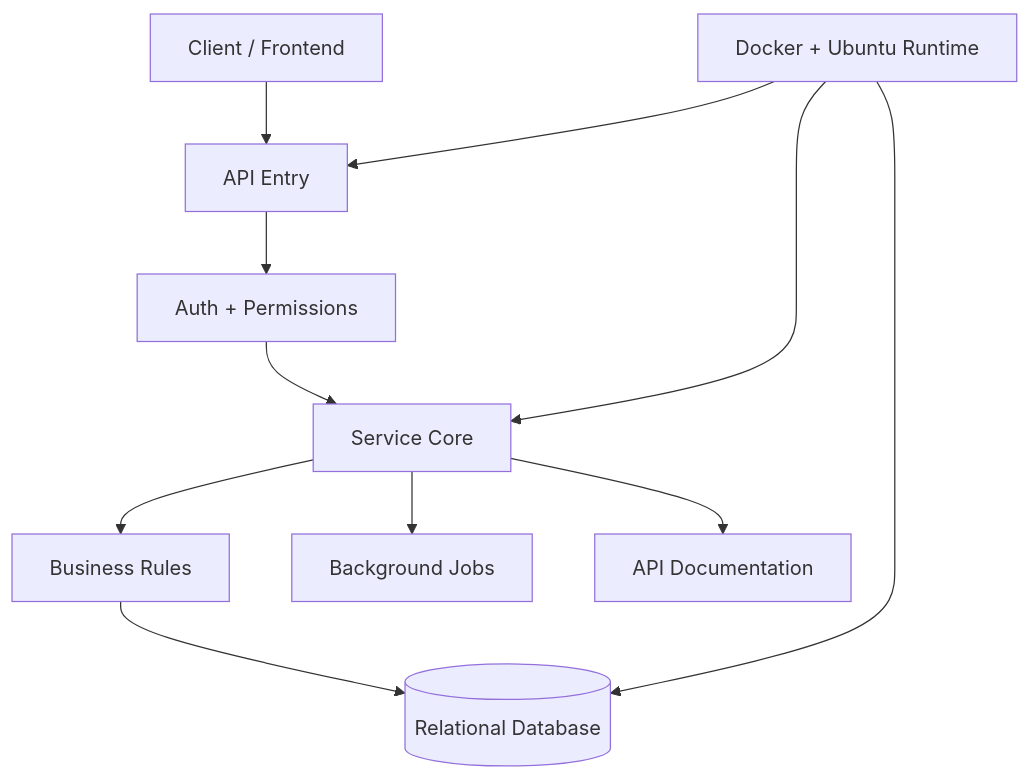
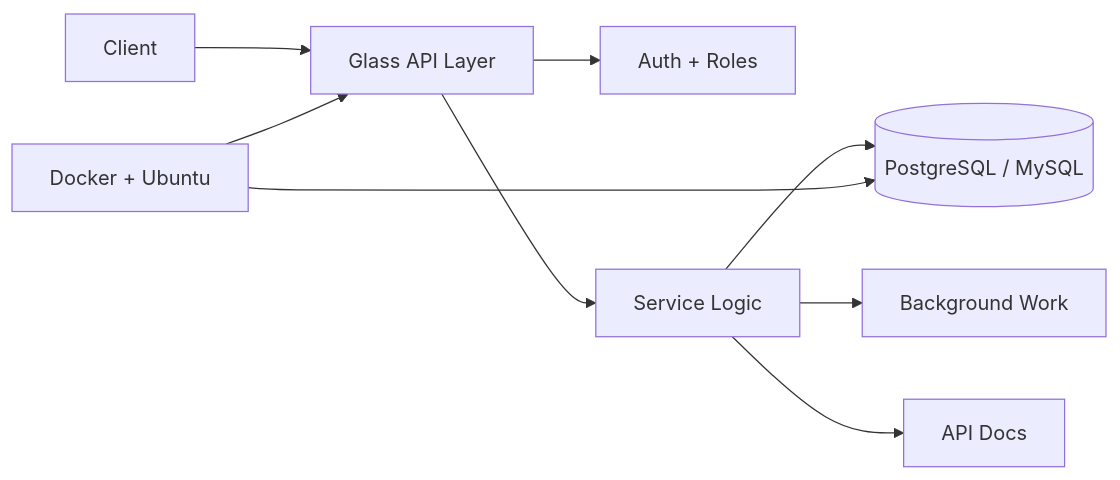
Before and after one commit to chhembunheng/chhembunheng: the diagram in README.md, drawn with Mermaid. The commit also changed other lines of this file, not shown here.

````diff
--- a/README.md
+++ b/README.md
@@ -106,13 +106,11 @@
 ```mermaid
-flowchart TB
-    Client["Client / Frontend"] --> Edge["API Entry"]
-    Edge --> Guard["Auth + Permissions"]
-    Guard --> Core["Service Core"]
-    Core --> Domain["Business Rules"]
-    Domain --> Store[("Relational Database")]
-    Core --> Jobs["Background Jobs"]
-    Core --> Docs["API Documentation"]
-    Ops["Docker + Ubuntu Runtime"] --> Edge
-    Ops --> Core
-    Ops --> Store
+flowchart LR
+    Client["Client"] --> API["Glass API Layer"]
+    API --> Auth["Auth + Roles"]
+    API --> Service["Service Logic"]
+    Service --> Data[("PostgreSQL / MySQL")]
+    Service --> Jobs["Background Work"]
+    Service --> Docs["API Docs"]
+    Runtime["Docker + Ubuntu"] --> API
+    Runtime --> Data
 ```
````
